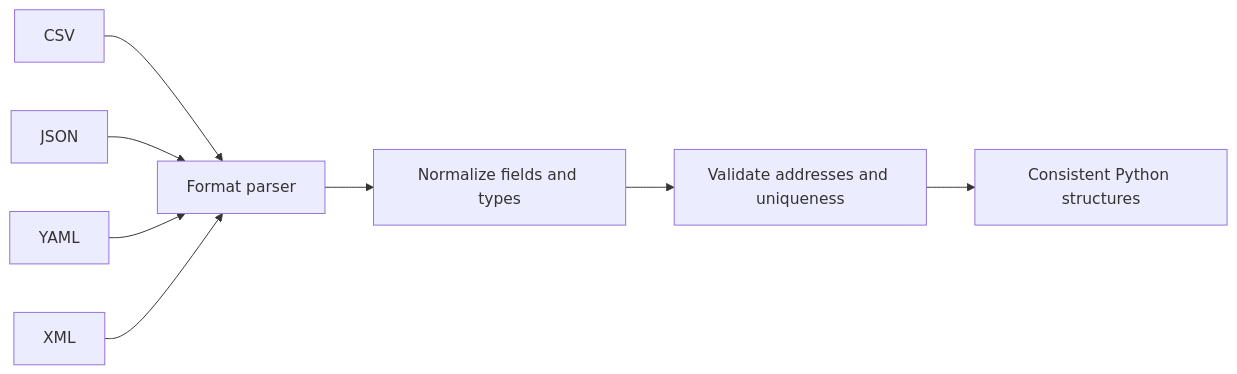
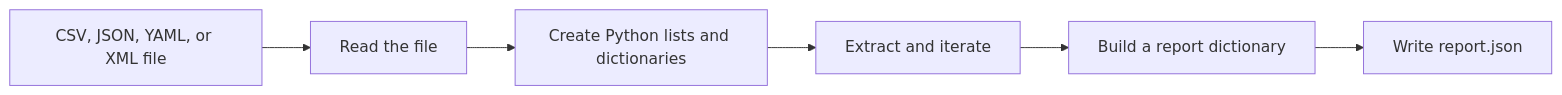
The diagram in Lab 04 - Working with Data in Python/Lab4.md (tanthanh85/CCNAAUTO-LAB), drawn with Mermaid before and after one commit. The commit also changed other lines of this file and 13 other files, not shown here.

````diff
--- a/Lab 04 - Working with Data in Python/Lab4.md
+++ b/Lab 04 - Working with Data in Python/Lab4.md
@@ -21,10 +25,8 @@
 ```mermaid
 flowchart LR
-    A["CSV"] --> E["Format parser"]
-    B["JSON"] --> E
-    C["YAML"] --> E
-    D["XML"] --> E
-    E --> F["Normalize fields and types"]
-    F --> G["Validate addresses and uniqueness"]
-    G --> H["Consistent Python structures"]
+    A["CSV, JSON, YAML, or XML file"] --> B["Read the file"]
+    B --> C["Create Python lists and dictionaries"]
+    C --> D["Extract and iterate"]
+    D --> E["Build a report dictionary"]
+    E --> F["Write report.json"]
 ```
````
